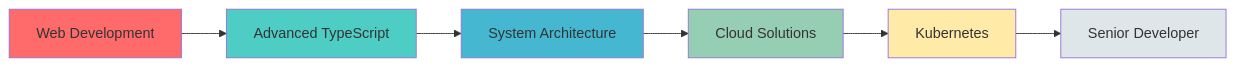
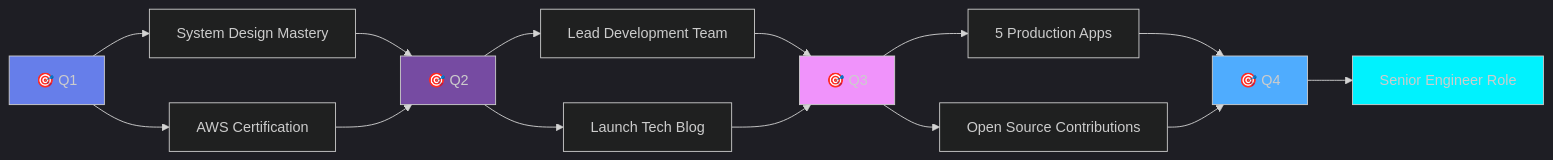
One commit to CHUNINZ/CHUNINZ changed the first of 2 diagrams in README.md. Above: the diagram before and after it, drawn with Mermaid. The commit also changed other lines of this file, not shown here.

````diff
--- a/README.md
+++ b/README.md
@@ -232,15 +378,23 @@
 ```mermaid
+%%{init: {'theme':'dark'}}%%
 graph LR
-    A[Web Development] --> B[Advanced TypeScript]
-    B --> C[System Architecture]
-    C --> D[Cloud Solutions]
-    D --> E[Kubernetes]
-    E --> F[Senior Developer]
+    A[🎯 Q1] --> B[System Design Mastery]
+    A --> C[AWS Certification]
+    B --> D[🎯 Q2]
+    C --> D
+    D --> E[Lead Development Team]
+    D --> F[Launch Tech Blog]
+    E --> G[🎯 Q3]
+    F --> G
+    G --> H[5 Production Apps]
+    G --> I[Open Source Contributions]
+    H --> J[🎯 Q4]
+    I --> J
+    J --> K[Senior Engineer Role]
     
-    style A fill:#FF6B6B
-    style B fill:#4ECDC4
-    style C fill:#45B7D1
-    style D fill:#96CEB4
-    style E fill:#FFEAA7
-    style F fill:#DFE6E9
+    style A fill:#667eea
+    style D fill:#764ba2
+    style G fill:#f093fb
+    style J fill:#4facfe
+    style K fill:#00f2fe
 ```
````
